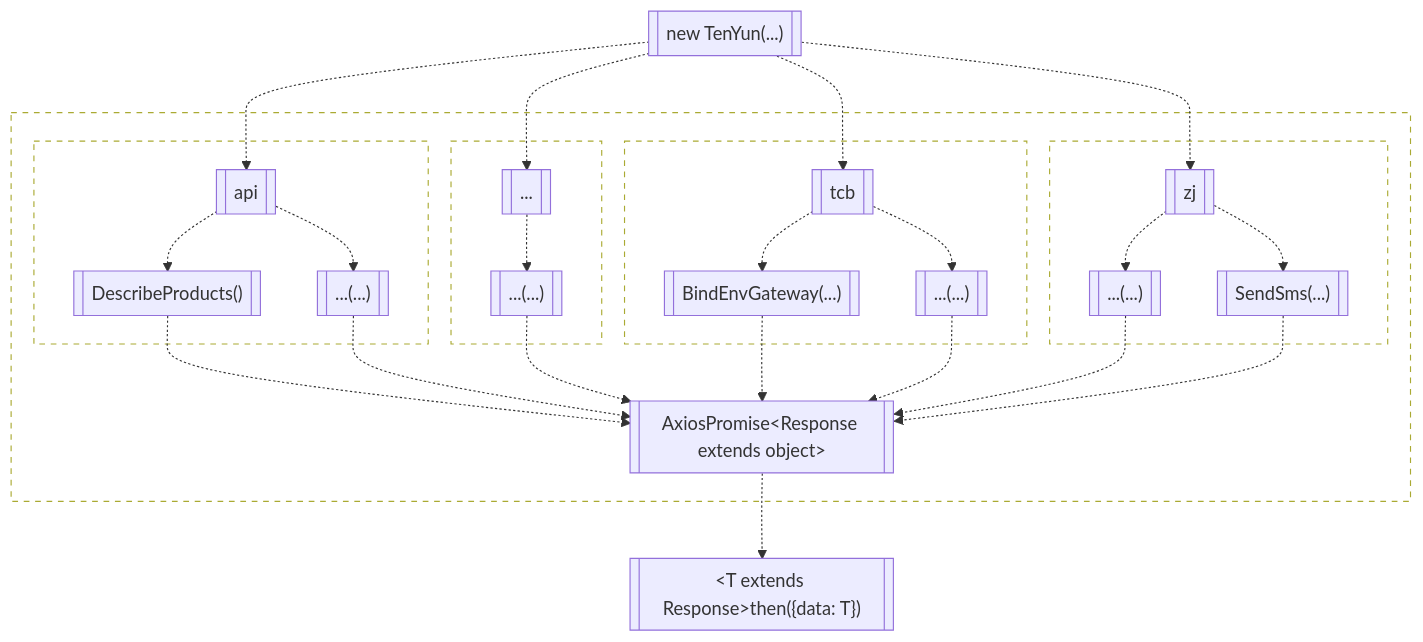
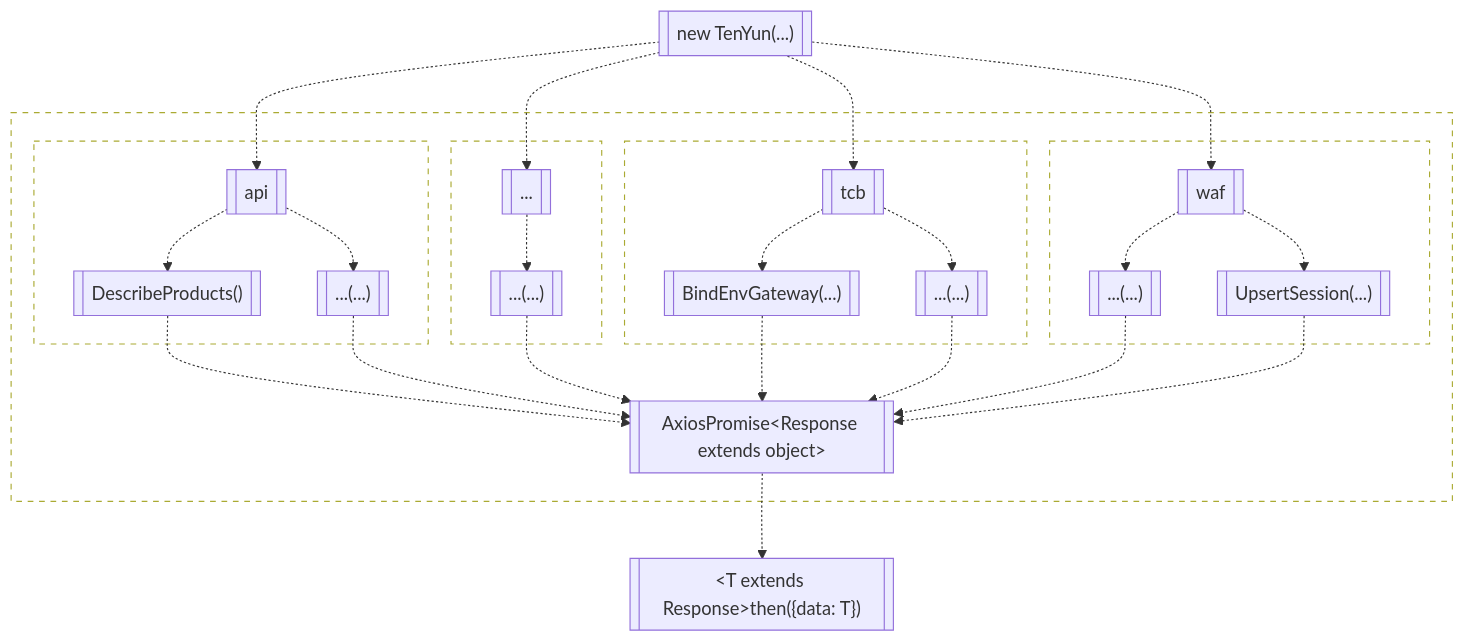
One commit to TheNorthMemory/tenyun changed the diagram in .github/sdk-flowchart.mmd. Above: the diagram before and after it, drawn with Mermaid. The commit also changed 6 other files, not shown here.

```diff
--- a/.github/sdk-flowchart.mmd
+++ b/.github/sdk-flowchart.mmd
@@ -1,48 +1,48 @@
 %%{init:{'flowchart':{'useMaxWidth':true,'htmlLabels':true}}}%%
 flowchart TD
   B[["new TenYun(...)"]]-.->S0[[api]]
   B-.->S1[["..."]]
   B-.->S2[[tcb]]
-  B-.->S3[[zj]]
+  B-.->S3[[waf]]
   S0-.->S00[["DescribeProducts()"]]
   S0-.->S01[["...(...)"]]
   S1-.->S10[["...(...)"]]
   S2-.->S20[["BindEnvGateway(...)"]]
   S2-.->S21[["...(...)"]]
   S3-.->S30[["...(...)"]]
-  S3-.->S31[["SendSms(...)"]]
+  S3-.->S31[["UpsertSession(...)"]]
   S00-.->E[["AxiosPromise&lt;Response extends object&gt;"]]
   S01-.->E
   S10-.->E
   S20-.->E
   S21-.->E
   S30-.->E
   S31-.->E
   E-.->T[["&lt;T extends Response&gt;then({data: T})"]]
   subgraph G [ ]
     subgraph api [ ]
       S0
       S00
       S01
     end
     subgraph ... [ ]
       S1
       S10
     end
     subgraph tcb [ ]
       S2
       S20
       S21
     end
-    subgraph zj [ ]
+    subgraph waf [ ]
       S3
       S30
       S31
     end
     E
   end
   classDef dashed fill:none,stroke-dasharray:5 5
-  class G,api,tcb,...,zj dashed
+  class G,api,tcb,...,waf dashed
 
 %% npx -p @mermaid-js/mermaid-cli mmdc -i sdk-flowchart.mmd -o sdk-flowchart.svg
-%% sed -i '' 's/-166[0-9]\{10\}/-div/g;s/max-width: 1324.69px; //' sdk-flowchart.svg
+%% sed -i '' 's/max-width: 1361.48px; //' sdk-flowchart.svg
```
